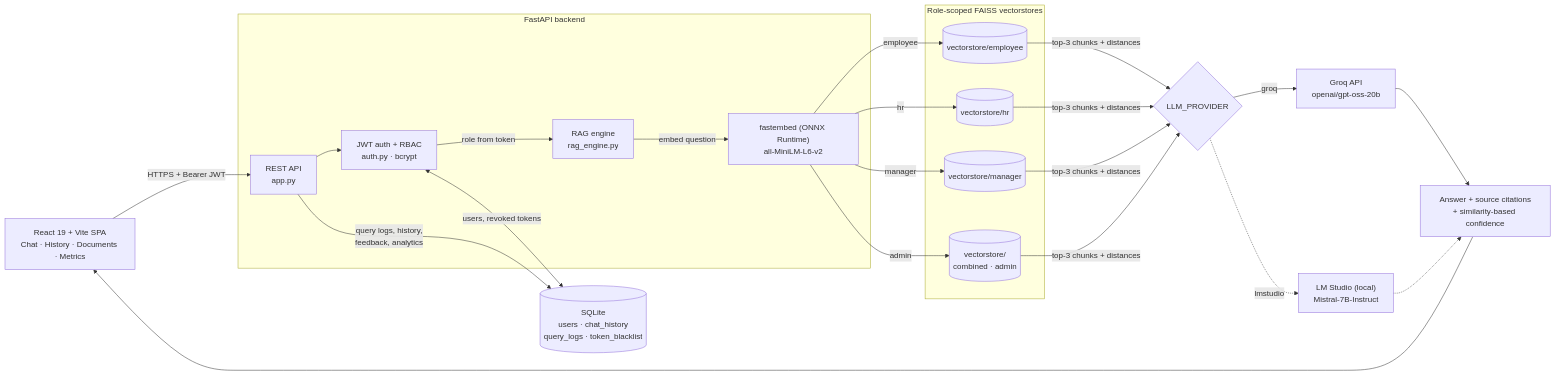
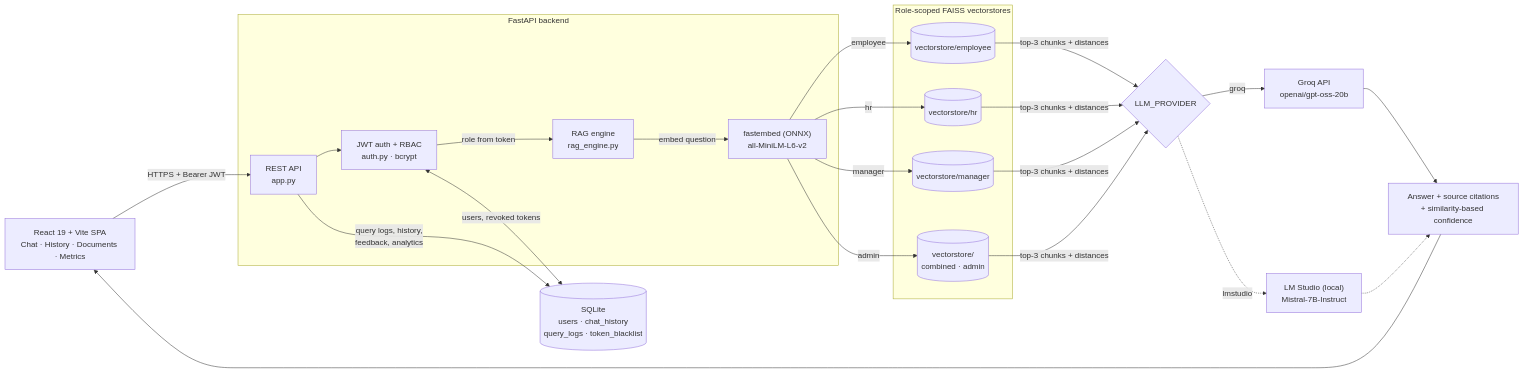
One commit to GOPIKA-BTECH23/enterprise-rag-assistant changed the first of 4 diagrams in README.md. Above: the diagram before and after it, drawn with Mermaid. The commit also changed other lines of this file and 5 other files, not shown here.

````diff
--- a/README.md
+++ b/README.md
@@ -60,42 +62,42 @@
 ```mermaid
 flowchart LR
     UI["React 19 + Vite SPA<br/>Chat · History · Documents · Metrics"]
 
     subgraph Backend["FastAPI backend"]
         API["REST API<br/>app.py"]
         AUTH["JWT auth + RBAC<br/>auth.py · bcrypt"]
         RAG["RAG engine<br/>rag_engine.py"]
-        EMB["fastembed (ONNX Runtime)<br/>all-MiniLM-L6-v2"]
+        EMB["fastembed (ONNX)<br/>all-MiniLM-L6-v2"]
     end
 
     subgraph Stores["Role-scoped FAISS vectorstores"]
         VE[("vectorstore/employee")]
         VH[("vectorstore/hr")]
         VM[("vectorstore/manager")]
         VA[("vectorstore/<br/>combined · admin")]
     end
 
     LLM{"LLM_PROVIDER"}
     GROQ["Groq API<br/>openai/gpt-oss-20b"]
     LMS["LM Studio (local)<br/>Mistral-7B-Instruct"]
     DB[("SQLite<br/>users · chat_history<br/>query_logs · token_blacklist")]
     OUT["Answer + source citations<br/>+ similarity-based confidence"]
 
     UI -->|"HTTPS + Bearer JWT"| API
     API --> AUTH
     AUTH -->|"role from token"| RAG
     RAG -->|"embed question"| EMB
     EMB -->|employee| VE
     EMB -->|hr| VH
     EMB -->|manager| VM
     EMB -->|admin| VA
     VE & VH & VM & VA -->|"top-3 chunks + distances"| LLM
     LLM -->|groq| GROQ
     LLM -.->|lmstudio| LMS
     GROQ --> OUT
     LMS -.-> OUT
     OUT --> UI
 
     AUTH <-->|"users, revoked tokens"| DB
     API -->|"query logs, history,<br/>feedback, analytics"| DB
 ```
````
